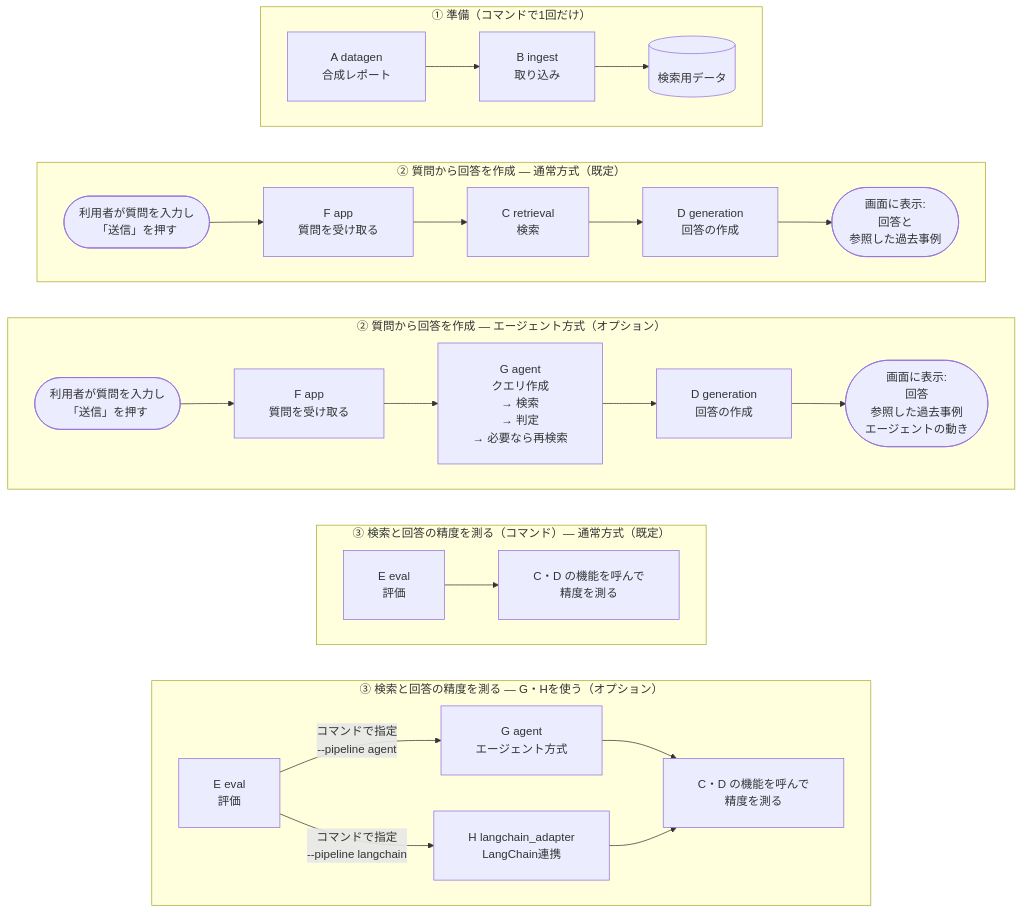
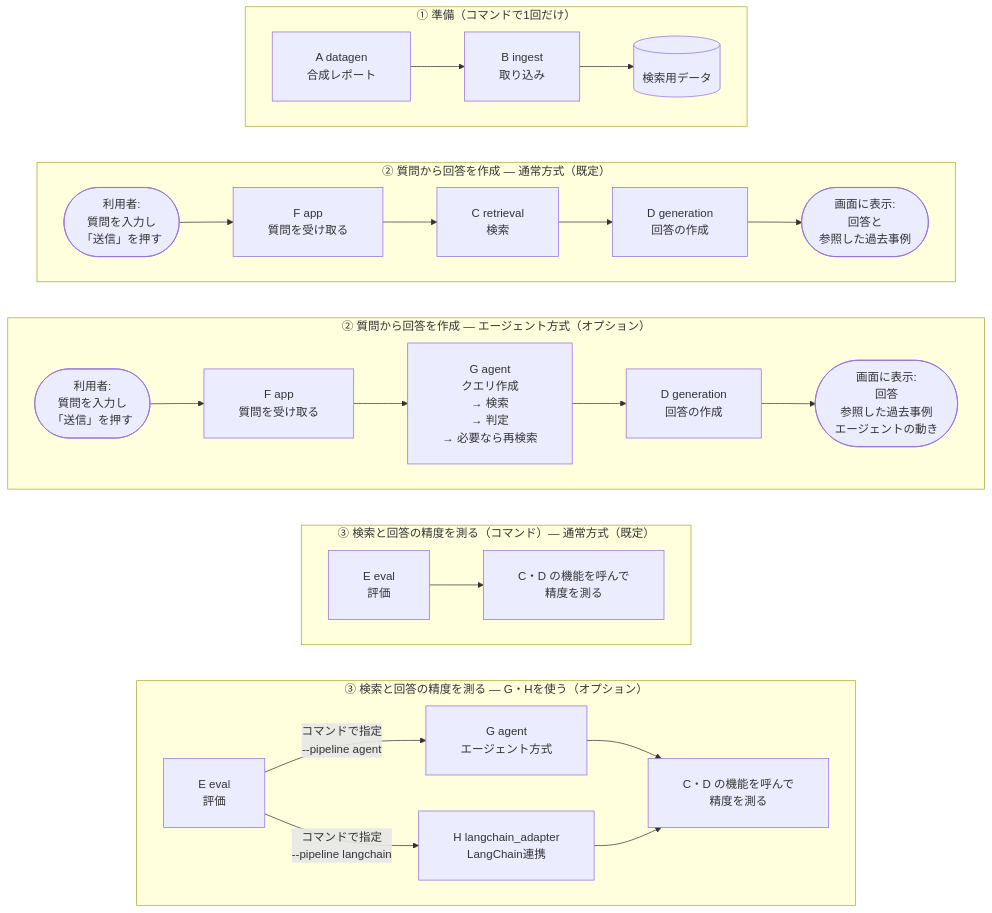
One commit to satoshi-abe-dev/silo-rag changed the first of 3 diagrams in README_ja.md. Above: the diagram before and after it, drawn with Mermaid. The commit also changed 1 other file, not shown here.

Commit message:
Narrow the start node of the answer diagram so the diagram is not scaled down

````diff
--- a/README_ja.md
+++ b/README_ja.md
@@ -136,29 +136,29 @@
 ```mermaid
 %%{init: {"flowchart": {"padding": 24, "wrappingWidth": 400}}}%%
 graph TB
     subgraph prep["① 準備（コマンドで1回だけ）"]
         direction LR
         A["A datagen<br/>合成レポート"] --> B["B ingest<br/>取り込み"] --> DB[("検索用データ")]
     end
     subgraph plain["② 質問から回答を作成 ― 通常方式（既定）"]
         direction LR
-        U1(["利用者が質問を入力し<br/>「送信」を押す"]) --> F1["F app<br/>質問を受け取る"] --> C1["C retrieval<br/>検索"] --> D1["D generation<br/>回答の作成"] --> R1(["画面に表示:<br/>回答と<br/>参照した過去事例"])
+        U1(["利用者:<br/>質問を入力し<br/>「送信」を押す"]) --> F1["F app<br/>質問を受け取る"] --> C1["C retrieval<br/>検索"] --> D1["D generation<br/>回答の作成"] --> R1(["画面に表示:<br/>回答と<br/>参照した過去事例"])
     end
     subgraph agent["② 質問から回答を作成 ― エージェント方式（オプション）"]
         direction LR
-        U2(["利用者が質問を入力し<br/>「送信」を押す"]) --> F2["F app<br/>質問を受け取る"] --> G["G agent<br/>クエリ作成<br/>→ 検索<br/>→ 判定<br/>→ 必要なら再検索"] --> D2["D generation<br/>回答の作成"] --> R2(["画面に表示:<br/>回答<br/>参照した過去事例<br/>エージェントの動き"])
+        U2(["利用者:<br/>質問を入力し<br/>「送信」を押す"]) --> F2["F app<br/>質問を受け取る"] --> G["G agent<br/>クエリ作成<br/>→ 検索<br/>→ 判定<br/>→ 必要なら再検索"] --> D2["D generation<br/>回答の作成"] --> R2(["画面に表示:<br/>回答<br/>参照した過去事例<br/>エージェントの動き"])
     end
     subgraph ev["③ 検索と回答の精度を測る（コマンド）― 通常方式（既定）"]
         direction LR
         E1["E eval<br/>評価"] --> CD1["C・D の機能を呼んで<br/>精度を測る"]
     end
     subgraph ev2["③ 検索と回答の精度を測る ― G・Hを使う（オプション）"]
         direction LR
         E2["E eval<br/>評価"] -->|"コマンドで指定<br/>--pipeline agent"| G2["G agent<br/>エージェント方式"] --> CD2["C・D の機能を呼んで<br/>精度を測る"]
         E2 -->|"コマンドで指定<br/>--pipeline langchain"| H["H langchain_adapter<br/>LangChain連携"] --> CD2
     end
     prep ~~~ plain
     plain ~~~ agent
     agent ~~~ ev
     ev ~~~ ev2
 ```
````
